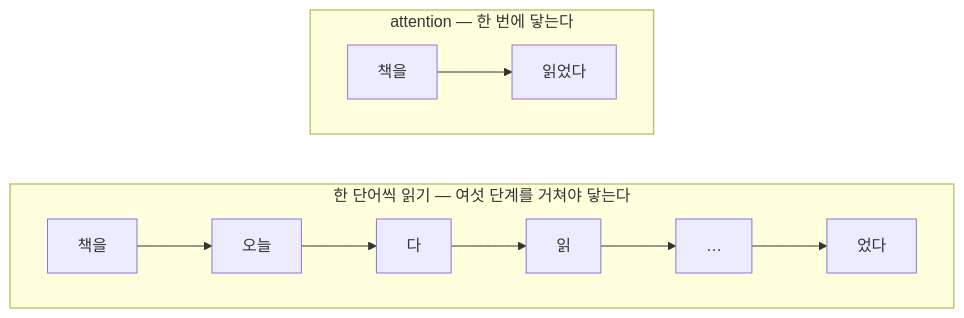
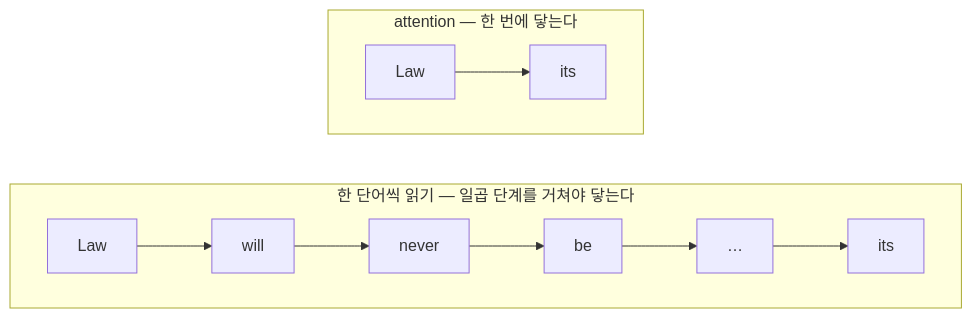
Before and after one commit to qoal1201/qoal1201.github.io: the second of 4 diagrams in paper-reviews/1706.03762-attention-is-all-you-need.qmd, drawn with Mermaid. The commit also changed other lines of this file and 3 other files, not shown here.

````diff
--- a/paper-reviews/1706.03762-attention-is-all-you-need.qmd
+++ b/paper-reviews/1706.03762-attention-is-all-you-need.qmd
@@ -67,11 +111,11 @@
 ```{mermaid}
 flowchart LR
-    subgraph R["한 단어씩 읽기 — 여섯 단계를 거쳐야 닿는다"]
+    subgraph R["한 단어씩 읽기 — 일곱 단계를 거쳐야 닿는다"]
     direction LR
-    r1["책을"] --> r2["오늘"] --> r3["다"] --> r4["읽"] --> r5["…"] --> r6["었다"]
+    r1["Law"] --> r2["will"] --> r3["never"] --> r4["be"] --> r5["…"] --> r6["its"]
     end
     subgraph A["attention — 한 번에 닿는다"]
     direction LR
-    a1["책을"] --> a6["읽었다"]
+    a1["Law"] --> a6["its"]
     end
 ```
````
